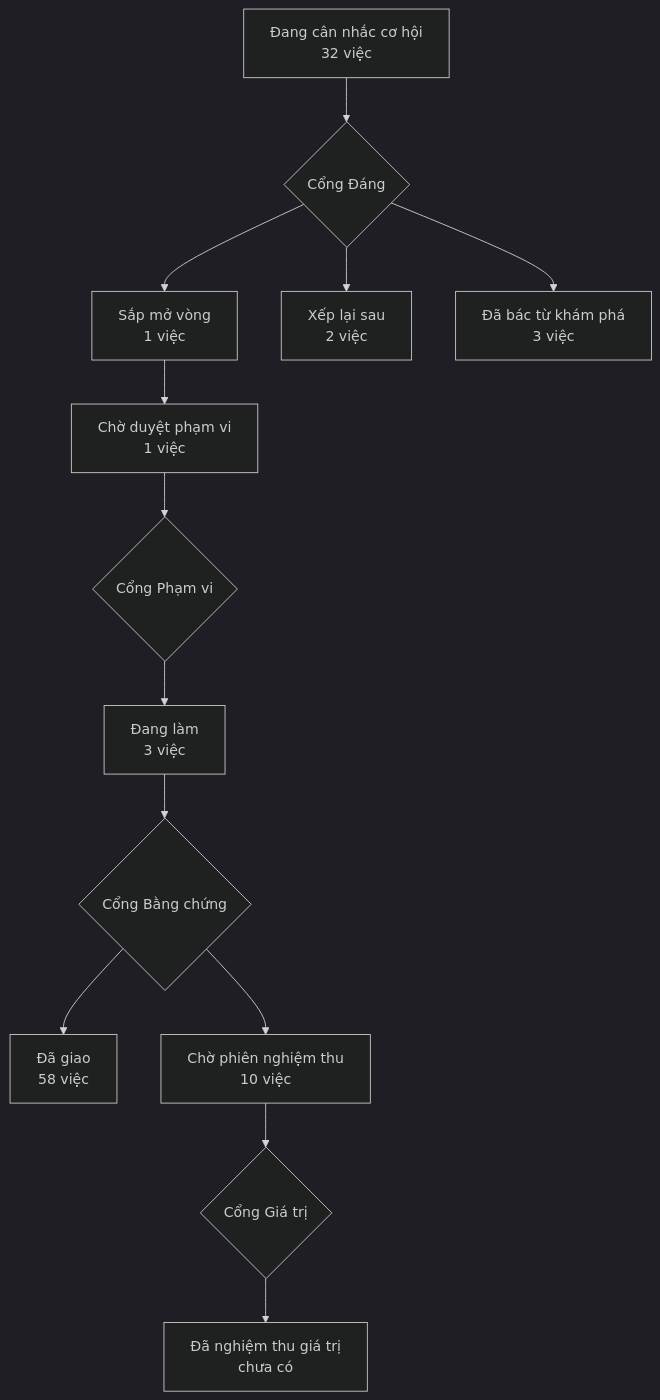
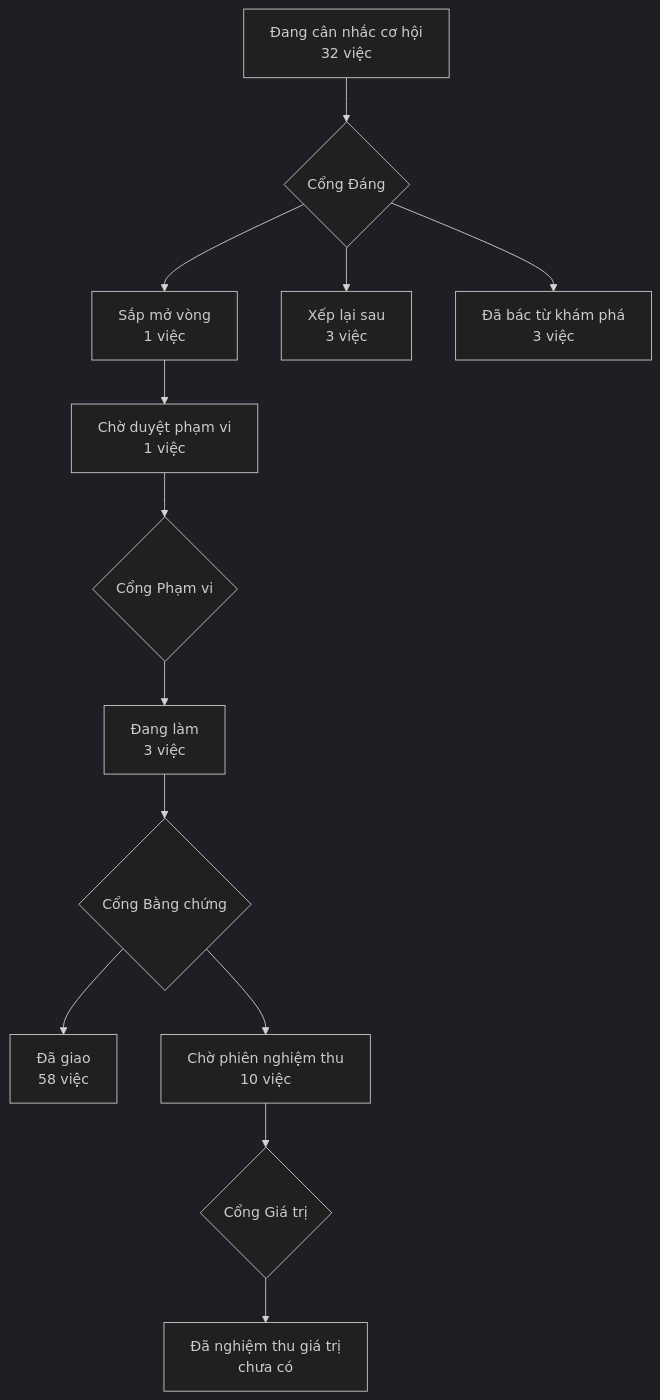
The diagram in PRODUCT-MAP.md (phanlemanh/acceptance-gate-kit), drawn with Mermaid (dark theme) before and after one commit. The commit also changed other lines of this file and 4 other files, not shown here.

````diff
--- a/PRODUCT-MAP.md
+++ b/PRODUCT-MAP.md
@@ -6,12 +6,12 @@
 ```mermaid
 flowchart TD
   A["Đang cân nhắc cơ hội<br/>32 việc"] --> GD{"Cổng Đáng"}
   GD --> B["Sắp mở vòng<br/>1 việc"]
-  GD --> XL["Xếp lại sau<br/>2 việc"]
+  GD --> XL["Xếp lại sau<br/>3 việc"]
   GD --> DB["Đã bác từ khám phá<br/>3 việc"]
   B --> CD["Chờ duyệt phạm vi<br/>1 việc"] --> GP{"Cổng Phạm vi"}
   GP --> DL["Đang làm<br/>3 việc"] --> GB{"Cổng Bằng chứng"}
   GB --> DG["Đã giao<br/>58 việc"]
   GB --> CN["Chờ phiên nghiệm thu<br/>10 việc"] --> GG{"Cổng Giá trị"}
   GG --> NT["Đã nghiệm thu giá trị<br/>chưa có"]
 ```
````
